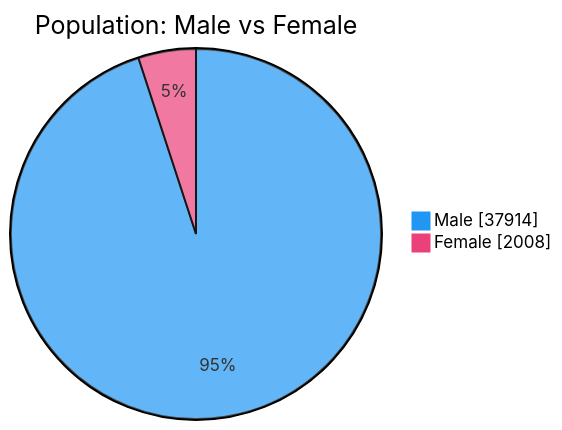
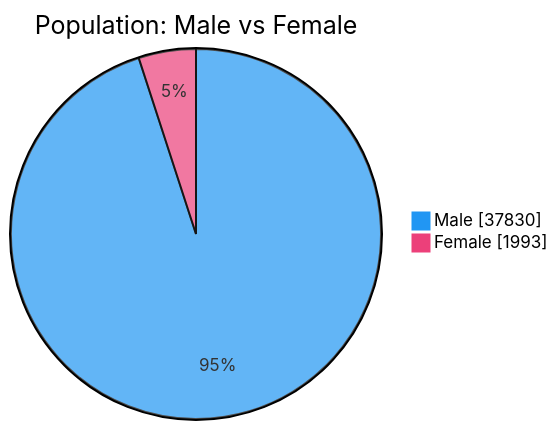
One commit to nuuuwan/lk_prisons changed the second of 7 diagrams in README.md. Above: the diagram before and after it, drawn with Mermaid. The commit also changed other lines of this file and 1 other file, not shown here.

````diff
--- a/README.md
+++ b/README.md
@@ -54,6 +54,6 @@
 ```mermaid
 %%{init: {'themeVariables': {'pie1': '#2196F3', 'pie2': '#EC407A'}}}%%
 pie showData title Population: Male vs Female
-    "Male" : 37914
-    "Female" : 2008
+    "Male" : 37830
+    "Female" : 1993
 ```
````
